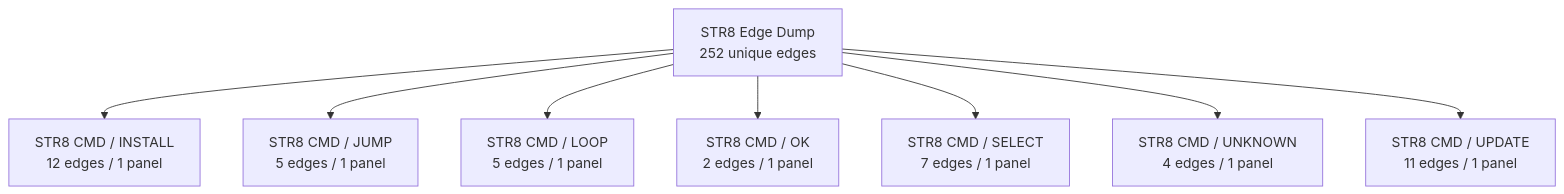
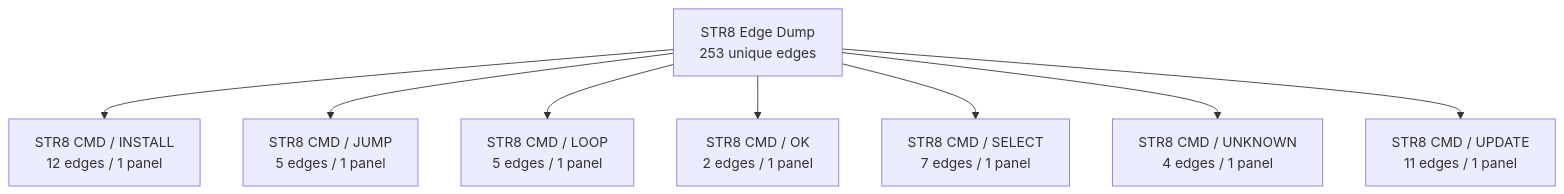
Before and after one commit to 95westus/R-YORS: the third of 43 diagrams in DOC/GUIDES/STR8/STR8_EDGE_DUMP.md, drawn with Mermaid. The commit also changed other lines of this file and 32 other files, not shown here.

````diff
--- a/DOC/GUIDES/STR8/STR8_EDGE_DUMP.md
+++ b/DOC/GUIDES/STR8/STR8_EDGE_DUMP.md
@@ -62,10 +62,10 @@
 ```mermaid
 flowchart TD
-    EDGE_ATLAS_ROOT_2["STR8 Edge Dump<br/>252 unique edges"] --> EDGE_FAMILY_2_0["STR8 CMD / INSTALL<br/>12 edges / 1 panel"]
-    EDGE_ATLAS_ROOT_2["STR8 Edge Dump<br/>252 unique edges"] --> EDGE_FAMILY_2_1["STR8 CMD / JUMP<br/>5 edges / 1 panel"]
-    EDGE_ATLAS_ROOT_2["STR8 Edge Dump<br/>252 unique edges"] --> EDGE_FAMILY_2_2["STR8 CMD / LOOP<br/>5 edges / 1 panel"]
-    EDGE_ATLAS_ROOT_2["STR8 Edge Dump<br/>252 unique edges"] --> EDGE_FAMILY_2_3["STR8 CMD / OK<br/>2 edges / 1 panel"]
-    EDGE_ATLAS_ROOT_2["STR8 Edge Dump<br/>252 unique edges"] --> EDGE_FAMILY_2_4["STR8 CMD / SELECT<br/>7 edges / 1 panel"]
-    EDGE_ATLAS_ROOT_2["STR8 Edge Dump<br/>252 unique edges"] --> EDGE_FAMILY_2_5["STR8 CMD / UNKNOWN<br/>4 edges / 1 panel"]
-    EDGE_ATLAS_ROOT_2["STR8 Edge Dump<br/>252 unique edges"] --> EDGE_FAMILY_2_6["STR8 CMD / UPDATE<br/>11 edges / 1 panel"]
+    EDGE_ATLAS_ROOT_2["STR8 Edge Dump<br/>253 unique edges"] --> EDGE_FAMILY_2_0["STR8 CMD / INSTALL<br/>12 edges / 1 panel"]
+    EDGE_ATLAS_ROOT_2["STR8 Edge Dump<br/>253 unique edges"] --> EDGE_FAMILY_2_1["STR8 CMD / JUMP<br/>5 edges / 1 panel"]
+    EDGE_ATLAS_ROOT_2["STR8 Edge Dump<br/>253 unique edges"] --> EDGE_FAMILY_2_2["STR8 CMD / LOOP<br/>5 edges / 1 panel"]
+    EDGE_ATLAS_ROOT_2["STR8 Edge Dump<br/>253 unique edges"] --> EDGE_FAMILY_2_3["STR8 CMD / OK<br/>2 edges / 1 panel"]
+    EDGE_ATLAS_ROOT_2["STR8 Edge Dump<br/>253 unique edges"] --> EDGE_FAMILY_2_4["STR8 CMD / SELECT<br/>7 edges / 1 panel"]
+    EDGE_ATLAS_ROOT_2["STR8 Edge Dump<br/>253 unique edges"] --> EDGE_FAMILY_2_5["STR8 CMD / UNKNOWN<br/>4 edges / 1 panel"]
+    EDGE_ATLAS_ROOT_2["STR8 Edge Dump<br/>253 unique edges"] --> EDGE_FAMILY_2_6["STR8 CMD / UPDATE<br/>11 edges / 1 panel"]
 ```
````
